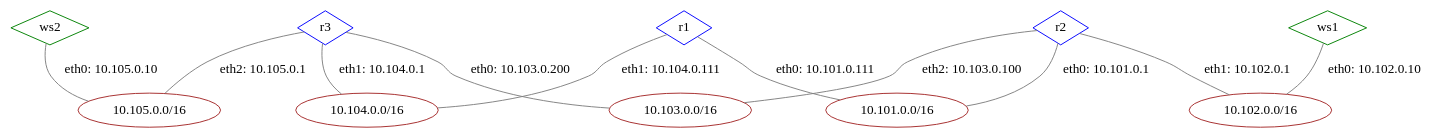
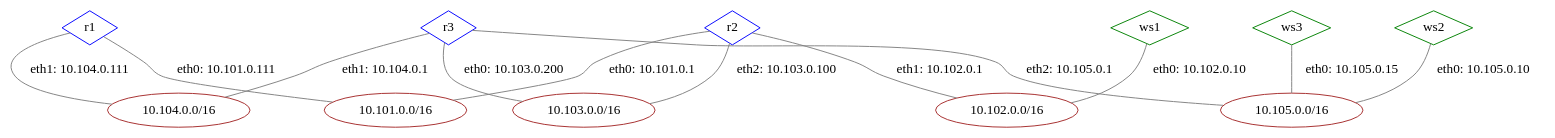
The diagram in lab01/report/graphs/network.gv (denis96z/iu7-labs-computational-networks), drawn with Graphviz before and after one commit. The commit also changed 63 other files, not shown here.

```diff
--- a/lab01/report/graphs/network.gv
+++ b/lab01/report/graphs/network.gv
@@ -1,30 +1,33 @@
 graph G {
 edge [len=1.5];
 node [shape=diamond, color="green"];
 r1 [color="blue"];
 r2 [color="blue"];
 r3 [color="blue"];
 ws1;
 ws2;
+ws3;
 node [shape=ellipse, color="brown"];
-lan102 [label="10.102.0.0/16"];
-lan105 [label="10.105.0.0/16"];
 lan104 [label="10.104.0.0/16"];
 lan101 [label="10.101.0.0/16"];
 lan103 [label="10.103.0.0/16"];
 lan102 [label="10.102.0.0/16"];
 lan101 [label="10.101.0.0/16"];
 lan105 [label="10.105.0.0/16"];
 lan104 [label="10.104.0.0/16"];
 lan103 [label="10.103.0.0/16"];
+lan102 [label="10.102.0.0/16"];
+lan105 [label="10.105.0.0/16"];
+lan105 [label="10.105.0.0/16"];
 r1 -- lan104 [label="eth1: 10.104.0.111", color="gray"];
 r1 -- lan101 [label="eth0: 10.101.0.111", color="gray"];
 r2 -- lan103 [label="eth2: 10.103.0.100", color="gray"];
 r2 -- lan102 [label="eth1: 10.102.0.1", color="gray"];
 r2 -- lan101 [label="eth0: 10.101.0.1", color="gray"];
 r3 -- lan105 [label="eth2: 10.105.0.1", color="gray"];
 r3 -- lan104 [label="eth1: 10.104.0.1", color="gray"];
 r3 -- lan103 [label="eth0: 10.103.0.200", color="gray"];
 ws1 -- lan102 [label="eth0: 10.102.0.10", color="gray"];
 ws2 -- lan105 [label="eth0: 10.105.0.10", color="gray"];
+ws3 -- lan105 [label="eth0: 10.105.0.15", color="gray"];
 }
```
